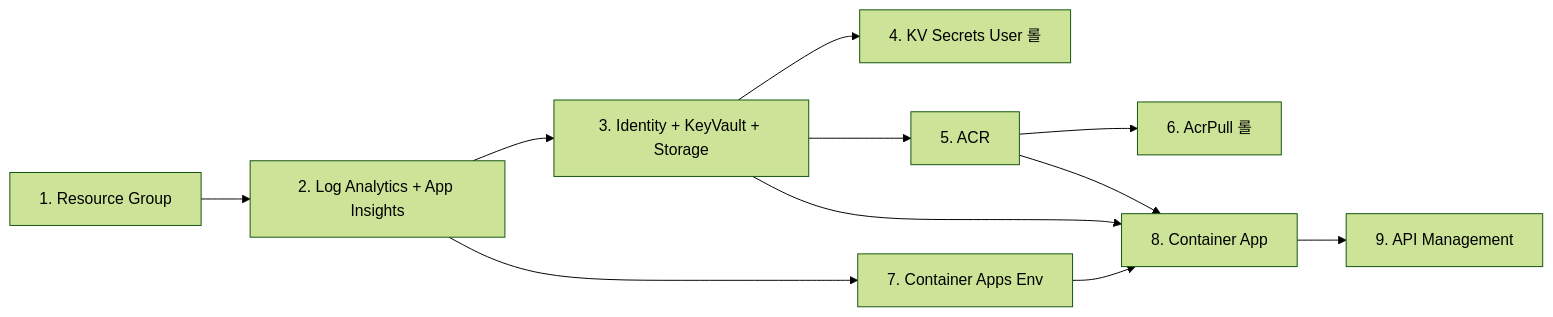
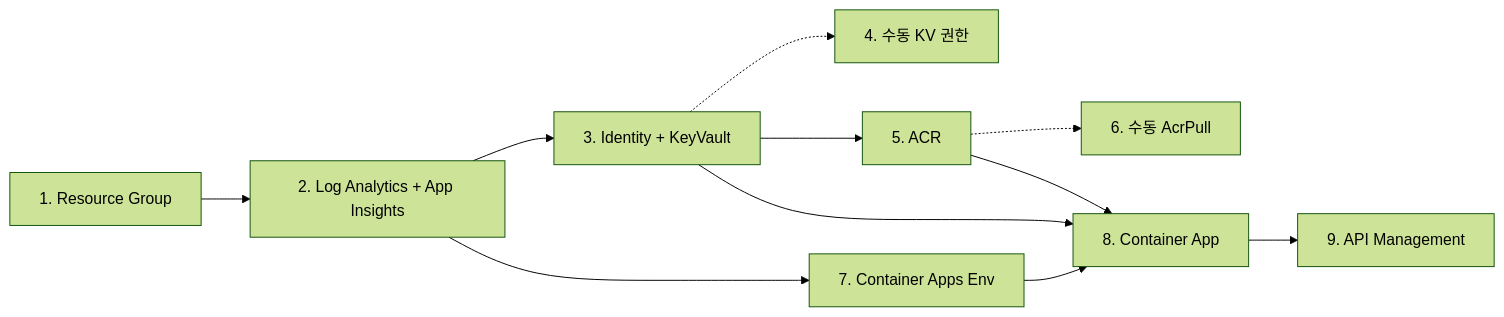
Before and after one commit to MSFT-AI-BUILD-INTERNAL/lgup-m365-mcp: the diagram in docs/manual-deployment-guide.md, drawn with Mermaid (forest theme). The commit also changed other lines of this file and 14 other files, not shown here.

````diff
--- a/docs/manual-deployment-guide.md
+++ b/docs/manual-deployment-guide.md
@@ -416,13 +423,13 @@
 ```mermaid
 flowchart LR
     RG[1. Resource Group] --> OBS[2. Log Analytics + App Insights]
-    OBS --> FND[3. Identity + KeyVault + Storage]
-    FND --> ROLE1[4. KV Secrets User 롤]
+    OBS --> FND[3. Identity + KeyVault]
+    FND -.-> ROLE1[4. 수동 KV 권한]
     FND --> REG[5. ACR]
-    REG --> ROLE2[6. AcrPull 롤]
+    REG -.-> ROLE2[6. 수동 AcrPull]
     OBS --> CAE[7. Container Apps Env]
     FND --> APP[8. Container App]
     REG --> APP
     CAE --> APP
     APP --> APIM[9. API Management]
 ```
````
